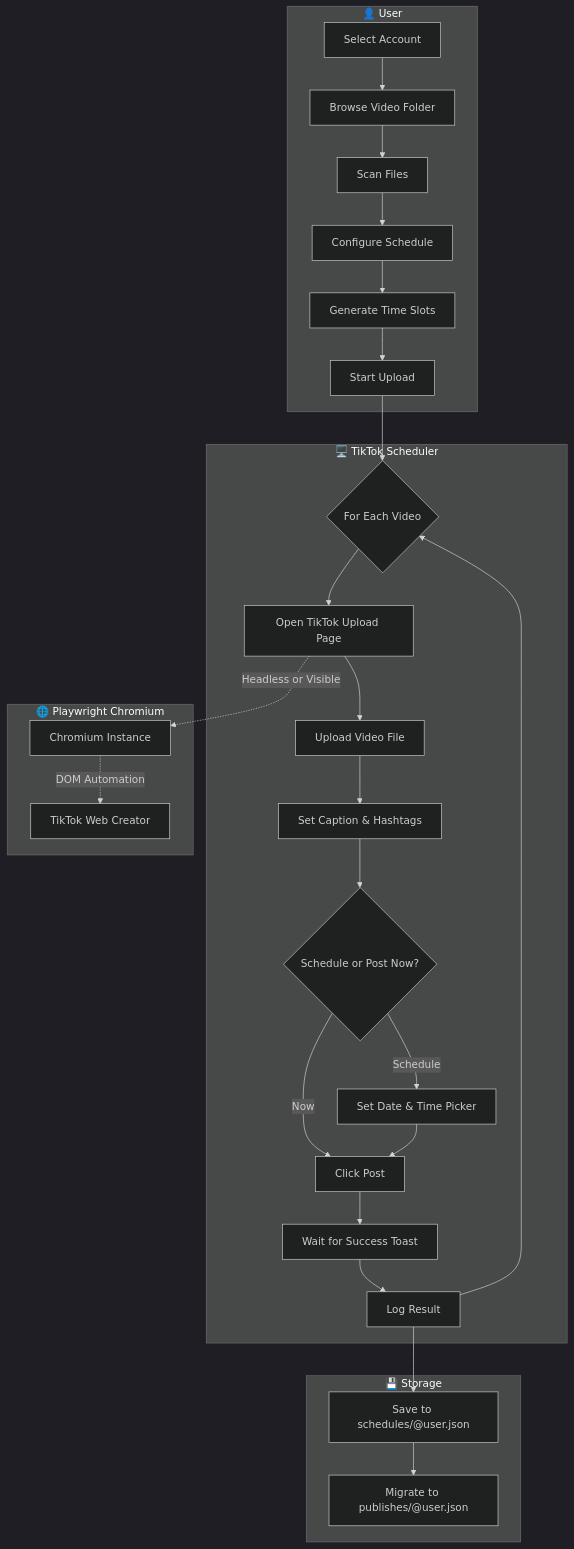
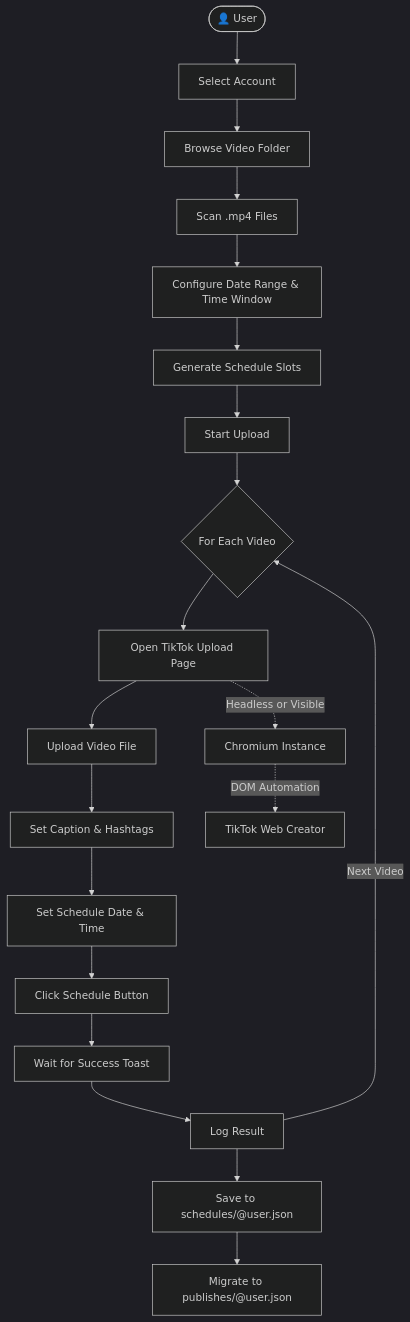
One commit to motebaya/tks-engine changed the diagram in README.md. Above: the diagram before and after it, drawn with Mermaid (dark theme). The commit also changed other lines of this file, not shown here.

Commit message:
docs: add README with project overview, mermaid diagram, and install guide

````diff
--- a/README.md
+++ b/README.md
@@ -42,34 +38,25 @@
 ```mermaid
 flowchart TB
-    subgraph User["👤 User"]
-        A[Select Account] --> B[Browse Video Folder]
-        B --> C[Scan Files]
-        C --> D[Configure Schedule]
-        D --> E[Generate Time Slots]
-        E --> F[Start Upload]
-    end
+    U(["👤 User"]) --> A["Select Account"]
+    A --> B["Browse Video Folder"]
+    B --> C["Scan .mp4 Files"]
+    C --> D["Configure Date Range & Time Window"]
+    D --> E["Generate Schedule Slots"]
+    E --> F["Start Upload"]
 
-    subgraph App["🖥️ TikTok Scheduler"]
-        F --> G{For Each Video}
-        G --> H[Open TikTok Upload Page]
-        H --> I[Upload Video File]
-        I --> J[Set Caption & Hashtags]
-        J --> K{Schedule or Post Now?}
-        K -->|Schedule| L[Set Date & Time Picker]
-        K -->|Now| M[Click Post]
-        L --> M
-        M --> N[Wait for Success Toast]
-        N --> O[Log Result]
-        O --> G
-    end
+    F --> G{"For Each Video"}
+    G --> H["Open TikTok Upload Page"]
+    H --> I["Upload Video File"]
+    I --> J["Set Caption & Hashtags"]
+    J --> L["Set Schedule Date & Time"]
+    L --> M["Click Schedule Button"]
+    M --> N["Wait for Success Toast"]
+    N --> O["Log Result"]
+    O -->|"Next Video"| G
 
-    subgraph Storage["💾 Storage"]
-        O --> P[Save to schedules/@user.json]
-        P --> Q[Migrate to publishes/@user.json]
-    end
+    O --> P["Save to schedules/@user.json"]
+    P --> Q["Migrate to publishes/@user.json"]
 
-    subgraph Browser["🌐 Playwright Chromium"]
-        H -.->|Headless or Visible| R[Chromium Instance]
-        R -.->|DOM Automation| S[TikTok Web Creator]
-    end
+    H -.->|"Headless or Visible"| R["Chromium Instance"]
+    R -.->|"DOM Automation"| S["TikTok Web Creator"]
 ```
````
